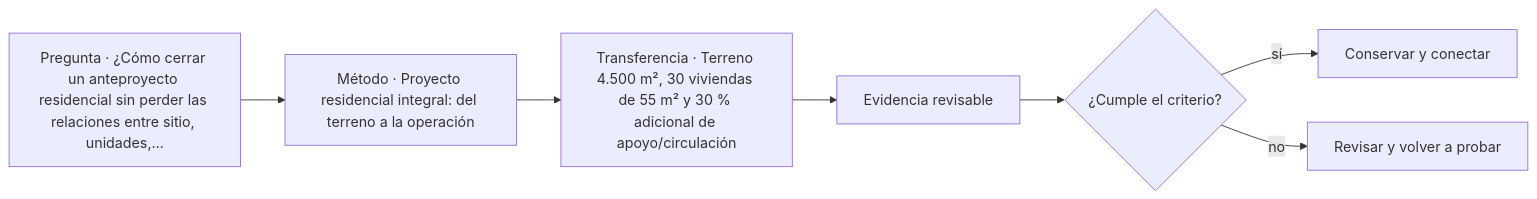
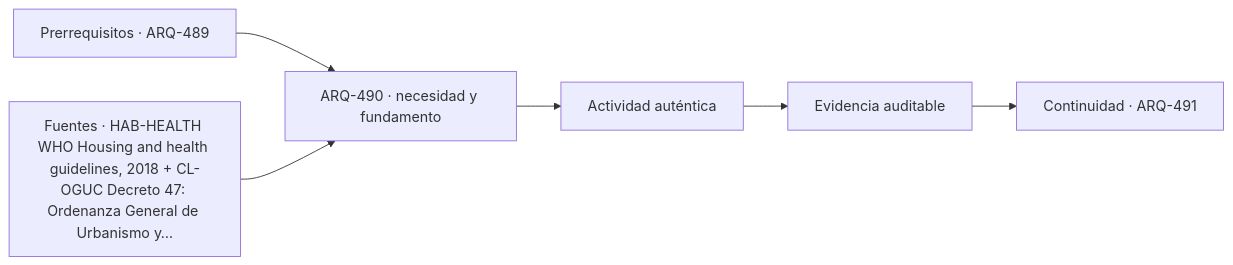
The diagram in classes/parte-49/ARQ-490.md (vladimiracunadev-create/architecture-built-environment-learning-program), drawn with Mermaid before and after one commit. The commit also changed other lines of this file and 761 other files, not shown here.

````diff
--- a/classes/parte-49/ARQ-490.md
+++ b/classes/parte-49/ARQ-490.md
@@ -89,9 +101,8 @@
 ```mermaid
 flowchart LR
-    Q["Pregunta · ¿Cómo cerrar un anteproyecto residencial sin perder las relaciones entre sitio, unidades,…"] --> M["Método · Proyecto residencial integral: del terreno a la operación"]
-    M --> P["Transferencia · Terreno 4.500 m², 30 viviendas de 55 m² y 30 % adicional de apoyo/circulación"]
-    P --> E["Evidencia revisable"]
-    E --> C{"¿Cumple el criterio?"}
-    C -->|sí| T["Conservar y conectar"]
-    C -->|no| R["Revisar y volver a probar"]
+    A["Prerrequisitos · ARQ-489"] --> B["ARQ-490 · necesidad y fundamento"]
+    S["Fuentes · HAB-HEALTH WHO Housing and health guidelines, 2018 + CL-OGUC Decreto 47: Ordenanza General de Urbanismo y…"] --> B
+    B --> C["Actividad auténtica"]
+    C --> D["Evidencia auditable"]
+    D --> E["Continuidad · ARQ-491"]
 ```
````
